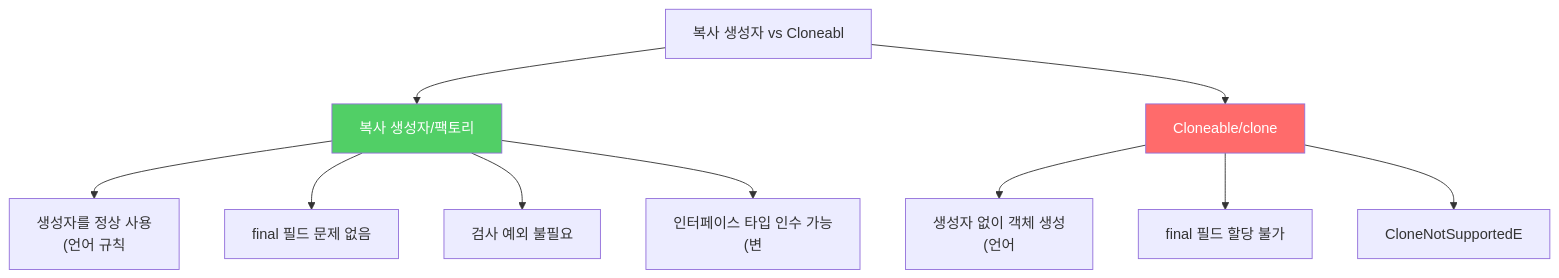
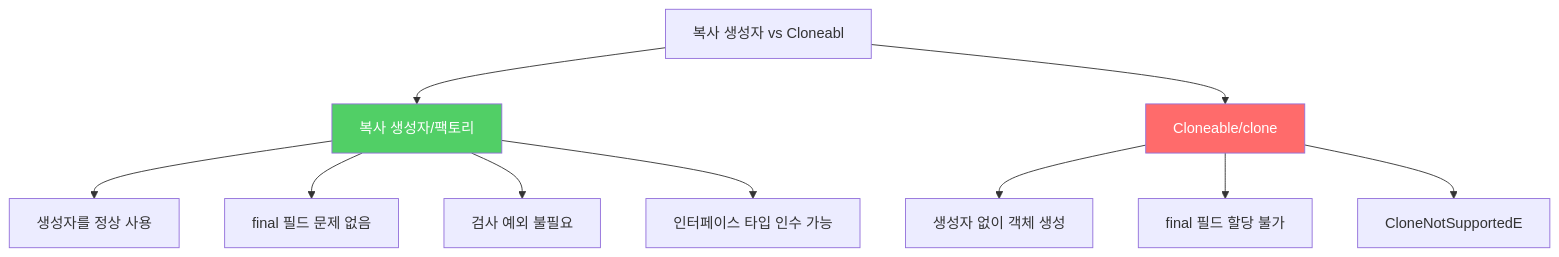
The third of 4 diagrams in _posts/java/2021-12-27-effective-java13.md (yjkim2015/yjkim2015.github.io), drawn with Mermaid before and after one commit. The commit also changed other lines of this file and 217 other files, not shown here.

First line of the commit message:
Mermaid 크기 수정: useMaxWidth:true + SVG max-width:100% + 라벨 축소

````diff
--- a/_posts/java/2021-12-27-effective-java13.md
+++ b/_posts/java/2021-12-27-effective-java13.md
@@ -188,14 +188,14 @@
 ```mermaid
 graph TD
     A["복사 생성자 vs Cloneabl"] --> B["복사 생성자/팩토리"]
     A --> C["Cloneable/clone"]
-    B --> B1["생성자를 정상 사용\n(언어 규칙"]
+    B --> B1["생성자를 정상 사용"]
     B --> B2["final 필드 문제 없음"]
     B --> B3["검사 예외 불필요"]
-    B --> B4["인터페이스 타입 인수 가능\n(변"]
-    C --> C1["생성자 없이 객체 생성\n(언어"]
+    B --> B4["인터페이스 타입 인수 가능"]
+    C --> C1["생성자 없이 객체 생성"]
     C --> C2["final 필드 할당 불가"]
     C --> C3["CloneNotSupportedE"]
     style B fill:#51cf66,color:#fff
     style C fill:#ff6b6b,color:#fff
 ```
````
